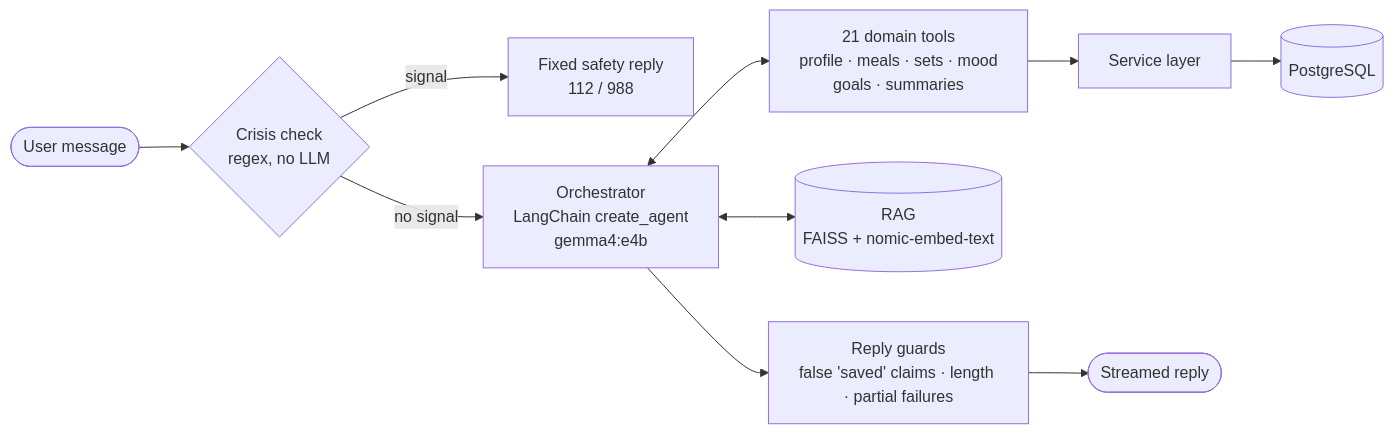
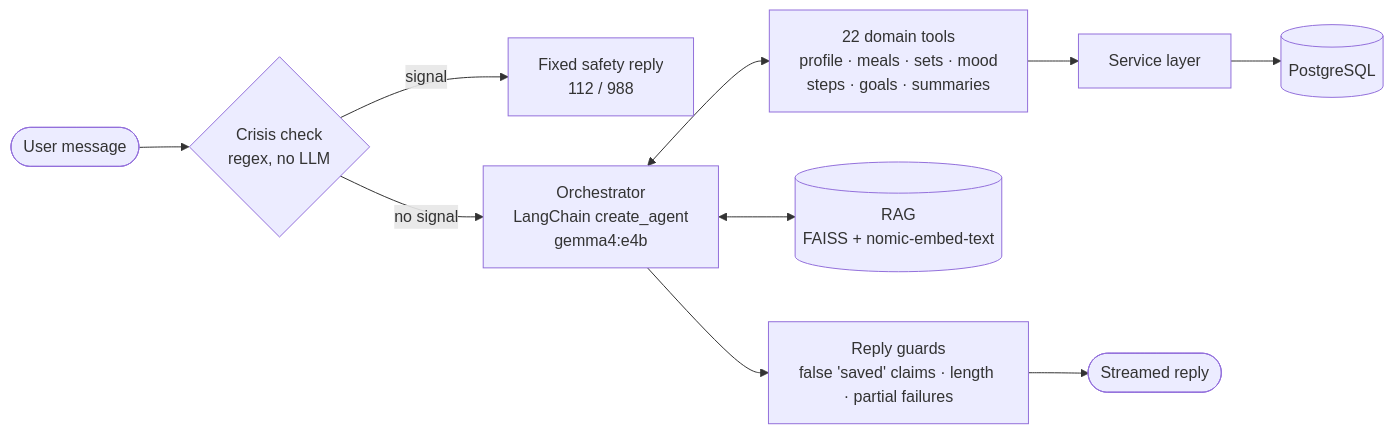
Before and after one commit to BoraErenErdem/pulse-coach: the first of 2 diagrams in README.md, drawn with Mermaid. The commit also changed other lines of this file and 4 other files, not shown here.

````diff
--- a/README.md
+++ b/README.md
@@ -84,11 +84,11 @@
 ```mermaid
 flowchart LR
     U([User message]) --> C{Crisis check<br/>regex, no LLM}
     C -- signal --> T[Fixed safety reply<br/>112 / 988]
     C -- no signal --> O[Orchestrator<br/>LangChain create_agent<br/>gemma4:e4b]
-    O <--> TL[21 domain tools<br/>profile · meals · sets · mood<br/>goals · summaries]
+    O <--> TL[22 domain tools<br/>profile · meals · sets · mood<br/>steps · goals · summaries]
     O <--> R[(RAG<br/>FAISS + nomic-embed-text)]
     TL --> S[Service layer] --> DB[(PostgreSQL)]
     O --> G[Reply guards<br/>false 'saved' claims · length · partial failures]
     G --> SSE([Streamed reply])
 ```
````
